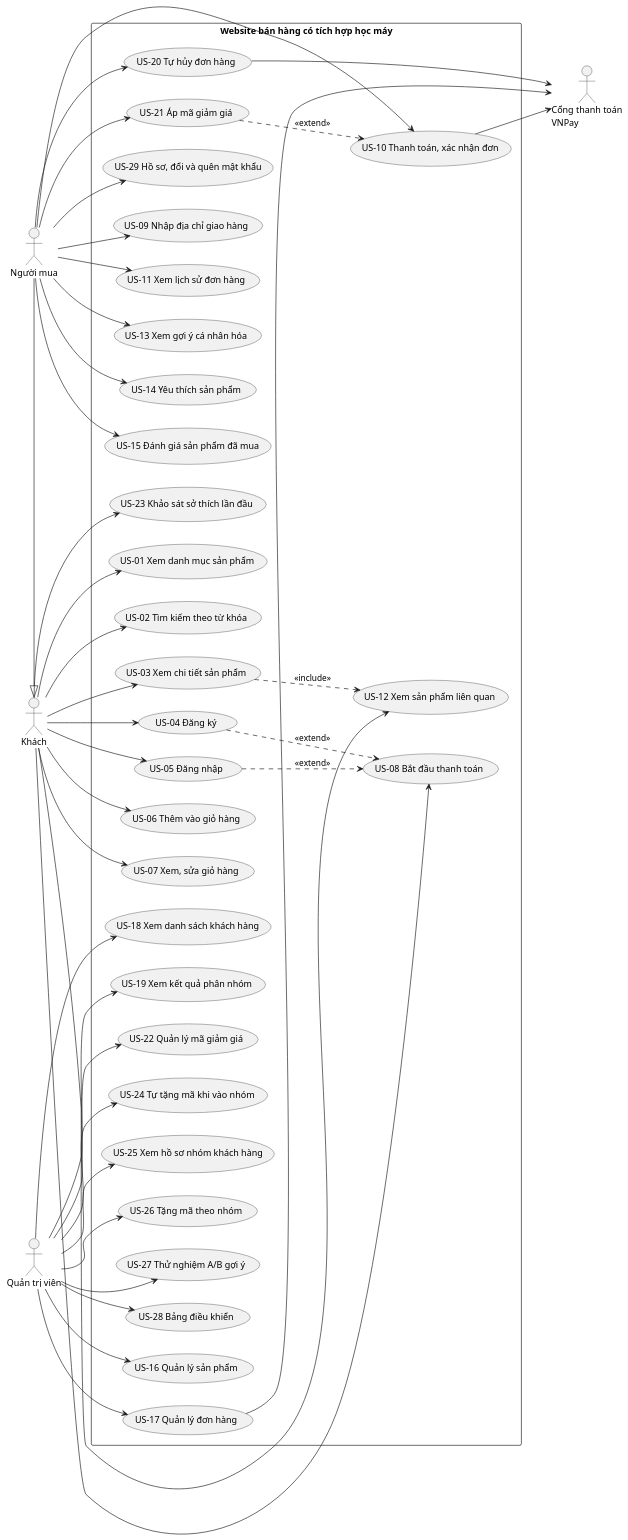
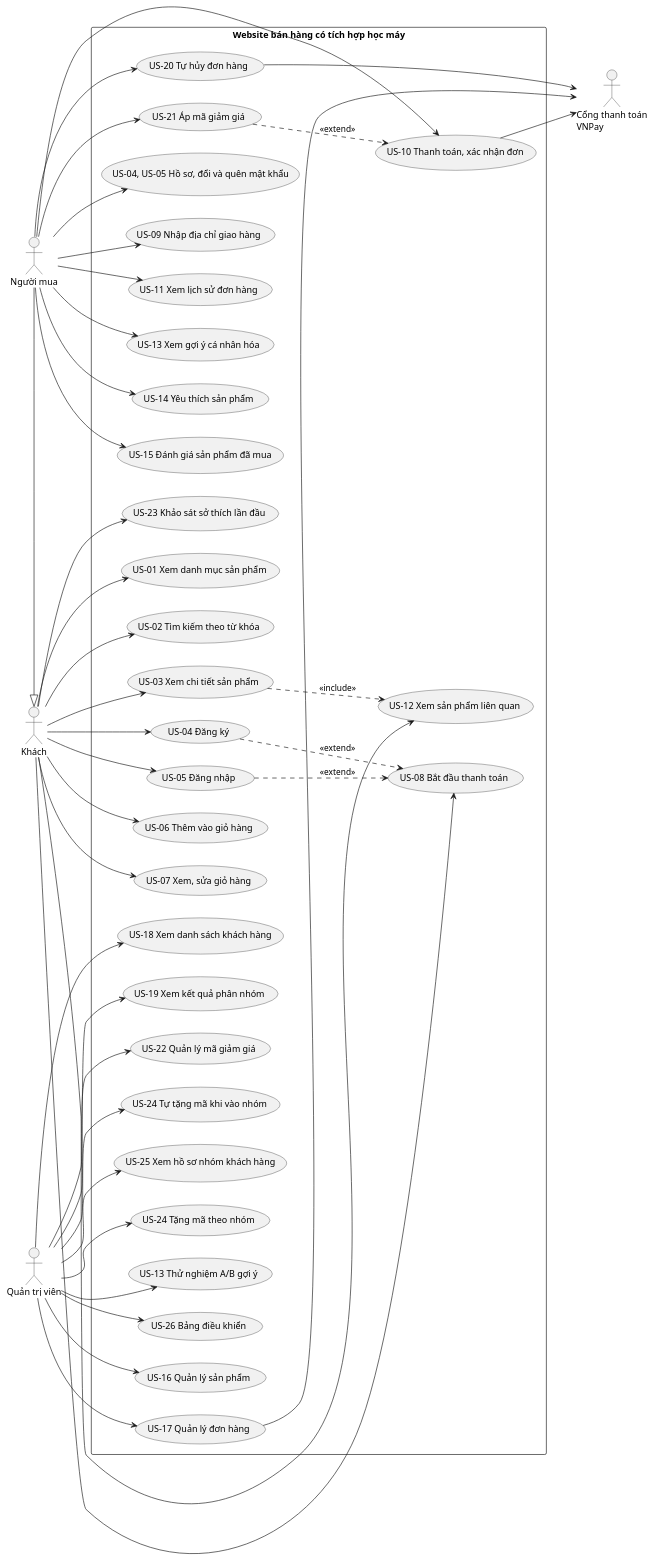
The first of 10 diagrams in submission_docs/SRS_SDD.MD (ngocmanhnct/fashion-recommender-shop), drawn with PlantUML before and after one commit. The commit also changed other lines of this file and 68 other files, not shown here.

````diff
--- a/submission_docs/SRS_SDD.MD
+++ b/submission_docs/SRS_SDD.MD
@@ -948,79 +948,79 @@
 ```plantuml
 @startuml
 left to right direction
 skinparam shadowing false
 skinparam packageStyle rectangle
 actor "Khách" as K
 actor "Người mua" as NM
 actor "Quản trị viên" as QTV
 actor "Cổng thanh toán\nVNPay" as VNP
 NM -|> K
 rectangle "Website bán hàng có tích hợp học máy" {
   usecase "US-01 Xem danh mục sản phẩm" as U1
   usecase "US-02 Tìm kiếm theo từ khóa" as U2
   usecase "US-03 Xem chi tiết sản phẩm" as U3
   usecase "US-04 Đăng ký" as U4
   usecase "US-05 Đăng nhập" as U5
   usecase "US-06 Thêm vào giỏ hàng" as U6
   usecase "US-07 Xem, sửa giỏ hàng" as U7
   usecase "US-08 Bắt đầu thanh toán" as U8
   usecase "US-12 Xem sản phẩm liên quan" as U12
   usecase "US-23 Khảo sát sở thích lần đầu" as U23
   usecase "US-09 Nhập địa chỉ giao hàng" as U9
   usecase "US-10 Thanh toán, xác nhận đơn" as U10
   usecase "US-11 Xem lịch sử đơn hàng" as U11
   usecase "US-13 Xem gợi ý cá nhân hóa" as U13
   usecase "US-14 Yêu thích sản phẩm" as U14
   usecase "US-15 Đánh giá sản phẩm đã mua" as U15
   usecase "US-20 Tự hủy đơn hàng" as U20
   usecase "US-21 Áp mã giảm giá" as U21
-  usecase "US-29 Hồ sơ, đổi và quên mật khẩu" as U29
+  usecase "US-04, US-05 Hồ sơ, đổi và quên mật khẩu" as U29
   usecase "US-16 Quản lý sản phẩm" as U16
   usecase "US-17 Quản lý đơn hàng" as U17
   usecase "US-18 Xem danh sách khách hàng" as U18
   usecase "US-19 Xem kết quả phân nhóm" as U19
   usecase "US-22 Quản lý mã giảm giá" as U22
   usecase "US-24 Tự tặng mã khi vào nhóm" as U24
   usecase "US-25 Xem hồ sơ nhóm khách hàng" as U25
-  usecase "US-26 Tặng mã theo nhóm" as U26
-  usecase "US-27 Thử nghiệm A/B gợi ý" as U27
-  usecase "US-28 Bảng điều khiển" as U28
+  usecase "US-24 Tặng mã theo nhóm" as U26
+  usecase "US-13 Thử nghiệm A/B gợi ý" as U27
+  usecase "US-26 Bảng điều khiển" as U28
 }
 K --> U1
 K --> U2
 K --> U3
 K --> U4
 K --> U5
 K --> U6
 K --> U7
 K --> U8
 K --> U12
 K --> U23
 NM --> U9
 NM --> U10
 NM --> U11
 NM --> U13
 NM --> U14
 NM --> U15
 NM --> U20
 NM --> U21
 NM --> U29
 QTV --> U16
 QTV --> U17
 QTV --> U18
 QTV --> U19
 QTV --> U22
 QTV --> U24
 QTV --> U25
 QTV --> U26
 QTV --> U27
 QTV --> U28
 U10 --> VNP
 U17 --> VNP
 U20 --> VNP
 U3 ..> U12 : <<include>>
 U4 ..> U8 : <<extend>>
 U5 ..> U8 : <<extend>>
 U21 ..> U10 : <<extend>>
 @enduml
 ```
````
